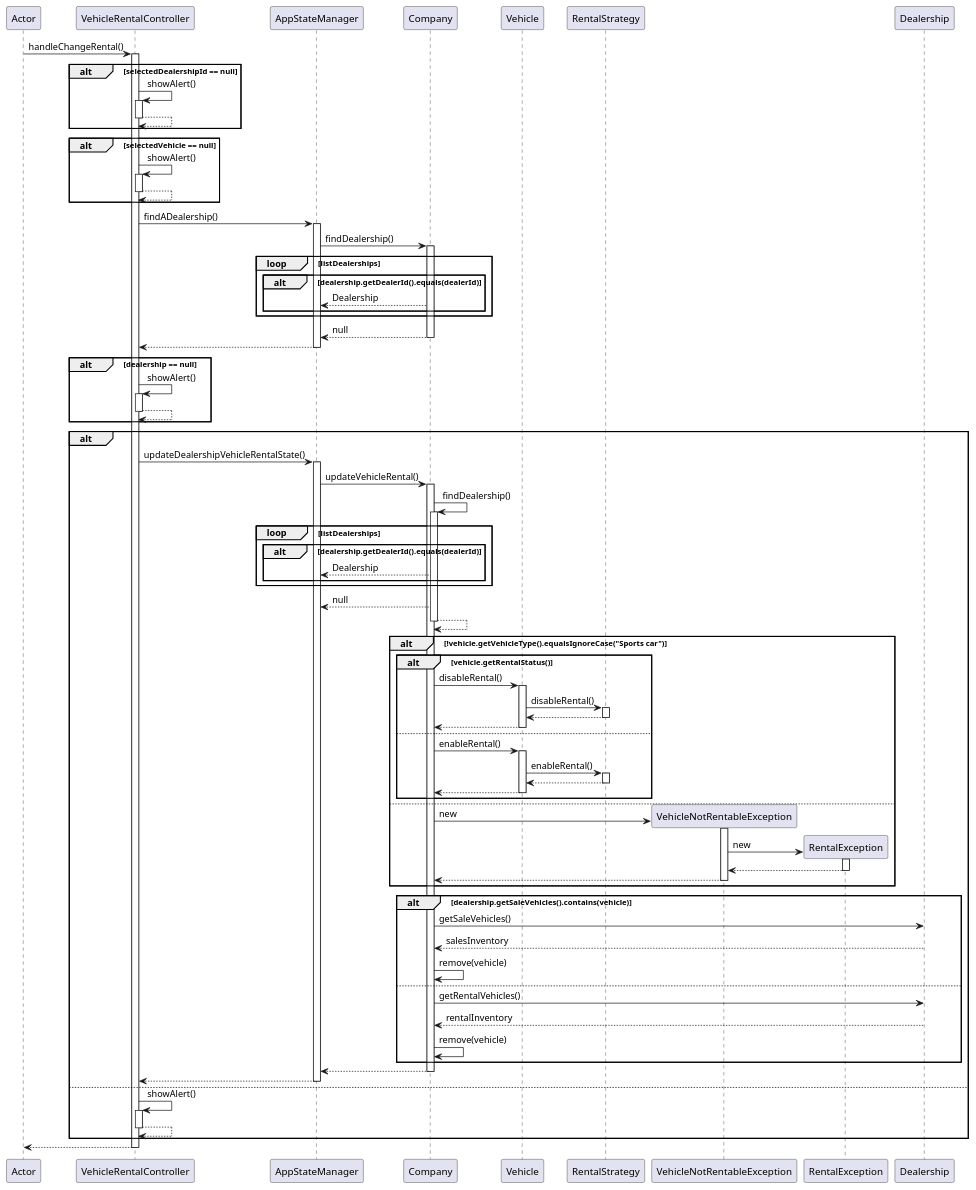
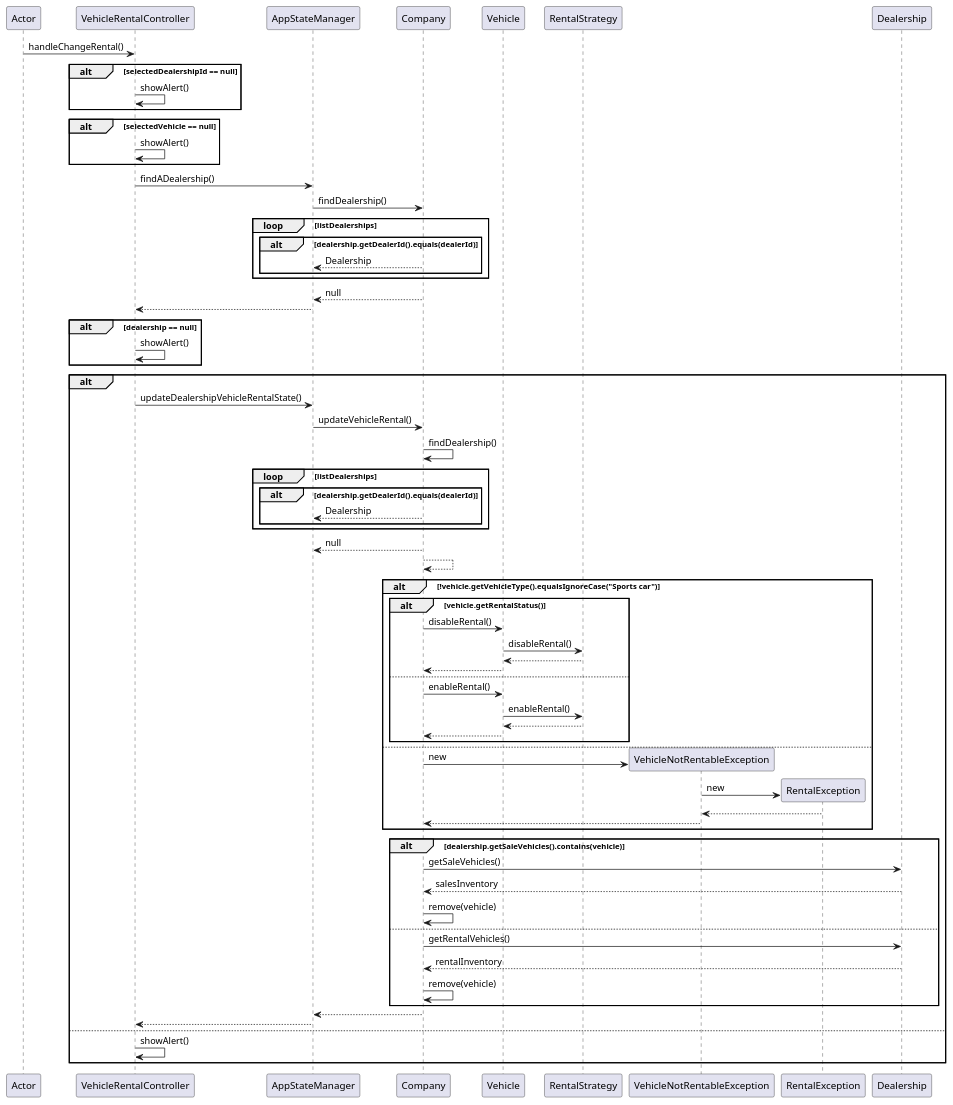
The diagram in UMLdiagrams/ChangingVehicleRentalStatusSequence.puml (masonday1/DealershipProject), drawn with PlantUML before and after one commit. The commit also changed 1 other file, not shown here.

Commit message:
Edited the VehicleRentalStatusSequence and EditDealershipNameSequence.

```diff
--- a/UMLdiagrams/ChangingVehicleRentalStatusSequence.puml
+++ b/UMLdiagrams/ChangingVehicleRentalStatusSequence.puml
@@ -1,103 +1,67 @@
 @startuml
 participant Actor
 Actor -> VehicleRentalController : handleChangeRental()
-activate VehicleRentalController
 alt selectedDealershipId == null
-VehicleRentalController -> VehicleRentalController : showAlert()
-activate VehicleRentalController
-VehicleRentalController --> VehicleRentalController
-deactivate VehicleRentalController
+    VehicleRentalController -> VehicleRentalController : showAlert()
 end
 alt selectedVehicle == null
-VehicleRentalController -> VehicleRentalController : showAlert()
-activate VehicleRentalController
-VehicleRentalController --> VehicleRentalController
-deactivate VehicleRentalController
+    VehicleRentalController -> VehicleRentalController : showAlert()
 end
 VehicleRentalController -> AppStateManager : findADealership()
-activate AppStateManager
 AppStateManager -> Company : findDealership()
-activate Company
 loop listDealerships
-alt dealership.getDealerId().equals(dealerId)
-Company --> AppStateManager: Dealership
-end
+    alt dealership.getDealerId().equals(dealerId)
+        Company --> AppStateManager: Dealership
+    end
 end
 Company --> AppStateManager: null
-deactivate Company
 AppStateManager --> VehicleRentalController
-deactivate AppStateManager
 alt dealership == null
-VehicleRentalController -> VehicleRentalController : showAlert()
-activate VehicleRentalController
-VehicleRentalController --> VehicleRentalController
-deactivate VehicleRentalController
+    VehicleRentalController -> VehicleRentalController : showAlert()
 end
 alt
-VehicleRentalController -> AppStateManager : updateDealershipVehicleRentalState()
-activate AppStateManager
-AppStateManager -> Company : updateVehicleRental()
-activate Company
-Company -> Company : findDealership()
-activate Company
-loop listDealerships
-alt dealership.getDealerId().equals(dealerId)
-Company --> AppStateManager: Dealership
+    VehicleRentalController -> AppStateManager : updateDealershipVehicleRentalState()
+    AppStateManager -> Company : updateVehicleRental()
+    Company -> Company : findDealership()
+    loop listDealerships
+        alt dealership.getDealerId().equals(dealerId)
+            Company --> AppStateManager: Dealership
+        end
+    end
+    Company --> AppStateManager: null
+    Company --> Company
+    alt !vehicle.getVehicleType().equalsIgnoreCase("Sports car")
+        alt vehicle.getRentalStatus()
+            Company -> Vehicle : disableRental()
+            Vehicle -> RentalStrategy : disableRental()
+            RentalStrategy --> Vehicle
+            Vehicle --> Company
+        else
+            Company -> Vehicle : enableRental()
+            Vehicle -> RentalStrategy : enableRental()
+            RentalStrategy --> Vehicle
+            Vehicle --> Company
+        end
+    else
+        create VehicleNotRentableException
+        Company -> VehicleNotRentableException : new
+        create RentalException
+        VehicleNotRentableException -> RentalException : new
+        RentalException --> VehicleNotRentableException
+        VehicleNotRentableException --> Company
+    end
+    alt dealership.getSaleVehicles().contains(vehicle)
+        Company -> Dealership: getSaleVehicles()
+        Dealership --> Company: salesInventory
+        Company -> Company: remove(vehicle)
+    else
+        Company -> Dealership: getRentalVehicles()
+        Dealership --> Company: rentalInventory
+        Company -> Company: remove(vehicle)
+    end
+    Company --> AppStateManager
+    AppStateManager --> VehicleRentalController
+else
+    VehicleRentalController -> VehicleRentalController : showAlert()
 end
-end
-Company --> AppStateManager: null
-Company --> Company
-deactivate Company
-alt !vehicle.getVehicleType().equalsIgnoreCase("Sports car")
-alt vehicle.getRentalStatus()
-Company -> Vehicle : disableRental()
-activate Vehicle
-Vehicle -> RentalStrategy : disableRental()
-activate RentalStrategy
-RentalStrategy --> Vehicle
-deactivate RentalStrategy
-Vehicle --> Company
-deactivate Vehicle
-else 
-Company -> Vehicle : enableRental()
-activate Vehicle
-Vehicle -> RentalStrategy : enableRental()
-activate RentalStrategy
-RentalStrategy --> Vehicle
-deactivate RentalStrategy
-Vehicle --> Company
-deactivate Vehicle
-end
-else 
-create VehicleNotRentableException
-Company -> VehicleNotRentableException : new
-activate VehicleNotRentableException
-create RentalException
-VehicleNotRentableException -> RentalException : new
-activate RentalException
-RentalException --> VehicleNotRentableException
-deactivate RentalException
-VehicleNotRentableException --> Company
-deactivate VehicleNotRentableException
-end
-alt dealership.getSaleVehicles().contains(vehicle)
-Company -> Dealership: getSaleVehicles()
-Dealership --> Company: salesInventory
-Company -> Company: remove(vehicle)
-else
-Company -> Dealership: getRentalVehicles()
-Dealership --> Company: rentalInventory
-Company -> Company: remove(vehicle)
-end
-Company --> AppStateManager
-deactivate Company
-AppStateManager --> VehicleRentalController
-deactivate AppStateManager
-else
-VehicleRentalController -> VehicleRentalController : showAlert()
-activate VehicleRentalController
-VehicleRentalController --> VehicleRentalController
-deactivate VehicleRentalController
-end
-return
 @enduml
```
